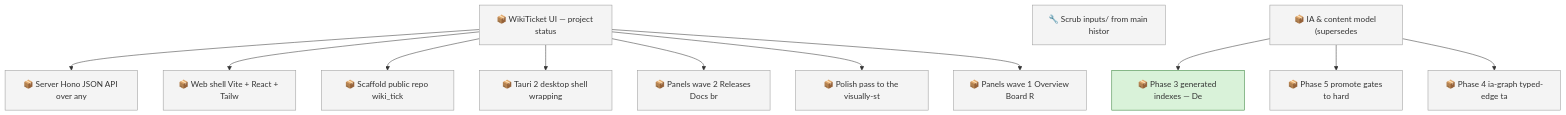
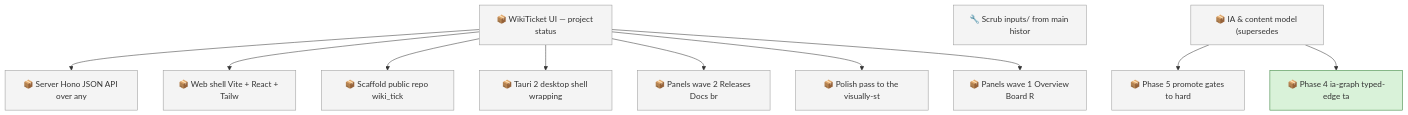
The first of 2 diagrams in docs/roadmap.md (SpillwaveSolutions/wiki_ticket_sdd), drawn with Mermaid before and after one commit. The commit also changed other lines of this file and 9 other files, not shown here.

First line of the commit message:
feat(ia): Phase 3 — indexes wired into release + plan-capture flows (item 01KY5G9ZW0MQ)

````diff
--- a/docs/roadmap.md
+++ b/docs/roadmap.md
@@ -70,30 +69,28 @@
 ```mermaid
 graph TD
     01KY111BC71KJGNH55CB2DWMKN["📦 Server Hono JSON API over any"]
     01KY111BC7B70C7M2RF1E57G17["📦 Web shell Vite + React + Tailw"]
     01KY111BC7NJ4BE7JBDK2P6Y56["📦 Scaffold public repo wiki_tick"]
     01KY111BC7PABV8W6SDNVQACSN["📦 WikiTicket UI — project status"]
     01KY111BC842N3J7Y7H85NHSEG["📦 Tauri 2 desktop shell wrapping"]
     01KY111BC88FS6QD49JADZ9CJ5["📦 Panels wave 2 Releases Docs br"]
     01KY111BC8F9BH0T3TERYEFC3C["📦 Polish pass to the visually-st"]
     01KY111BC8QJAS9KH7N368N6RF["📦 Panels wave 1 Overview Board R"]
     01KY2KHHF43KAZ54F57BQW71TD["🔧 Scrub inputs/ from main histor"]
     01KY5G9ZW0H2YMNWDFJYGRPYE5["📦 IA & content model (supersedes"]
-    01KY5G9ZW0MQD9335S641DC7ZG["📦 Phase 3 generated indexes — De"]
     01KY5G9ZW0RABXWHEMEP1FAV2G["📦 Phase 5 promote gates to hard"]
     01KY5G9ZW0Z6JFMVTAFC54RM36["📦 Phase 4 ia-graph typed-edge ta"]
     01KY111BC7PABV8W6SDNVQACSN --> 01KY111BC71KJGNH55CB2DWMKN
     01KY111BC7PABV8W6SDNVQACSN --> 01KY111BC7B70C7M2RF1E57G17
     01KY111BC7PABV8W6SDNVQACSN --> 01KY111BC7NJ4BE7JBDK2P6Y56
     01KY111BC7PABV8W6SDNVQACSN --> 01KY111BC842N3J7Y7H85NHSEG
     01KY111BC7PABV8W6SDNVQACSN --> 01KY111BC88FS6QD49JADZ9CJ5
     01KY111BC7PABV8W6SDNVQACSN --> 01KY111BC8F9BH0T3TERYEFC3C
     01KY111BC7PABV8W6SDNVQACSN --> 01KY111BC8QJAS9KH7N368N6RF
-    01KY5G9ZW0H2YMNWDFJYGRPYE5 --> 01KY5G9ZW0MQD9335S641DC7ZG
     01KY5G9ZW0H2YMNWDFJYGRPYE5 --> 01KY5G9ZW0RABXWHEMEP1FAV2G
     01KY5G9ZW0H2YMNWDFJYGRPYE5 --> 01KY5G9ZW0Z6JFMVTAFC54RM36
     classDef todo fill:#f4f4f4,stroke:#999999
-    class 01KY111BC71KJGNH55CB2DWMKN,01KY111BC7B70C7M2RF1E57G17,01KY111BC7NJ4BE7JBDK2P6Y56,01KY111BC7PABV8W6SDNVQACSN,01KY111BC842N3J7Y7H85NHSEG,01KY111BC88FS6QD49JADZ9CJ5,01KY111BC8F9BH0T3TERYEFC3C,01KY111BC8QJAS9KH7N368N6RF,01KY2KHHF43KAZ54F57BQW71TD,01KY5G9ZW0H2YMNWDFJYGRPYE5,01KY5G9ZW0RABXWHEMEP1FAV2G,01KY5G9ZW0Z6JFMVTAFC54RM36 todo
+    class 01KY111BC71KJGNH55CB2DWMKN,01KY111BC7B70C7M2RF1E57G17,01KY111BC7NJ4BE7JBDK2P6Y56,01KY111BC7PABV8W6SDNVQACSN,01KY111BC842N3J7Y7H85NHSEG,01KY111BC88FS6QD49JADZ9CJ5,01KY111BC8F9BH0T3TERYEFC3C,01KY111BC8QJAS9KH7N368N6RF,01KY2KHHF43KAZ54F57BQW71TD,01KY5G9ZW0H2YMNWDFJYGRPYE5,01KY5G9ZW0RABXWHEMEP1FAV2G todo
     classDef in_progress fill:#d9f2d9,stroke:#2e7d32
-    class 01KY5G9ZW0MQD9335S641DC7ZG in_progress
+    class 01KY5G9ZW0Z6JFMVTAFC54RM36 in_progress
 ```
````
